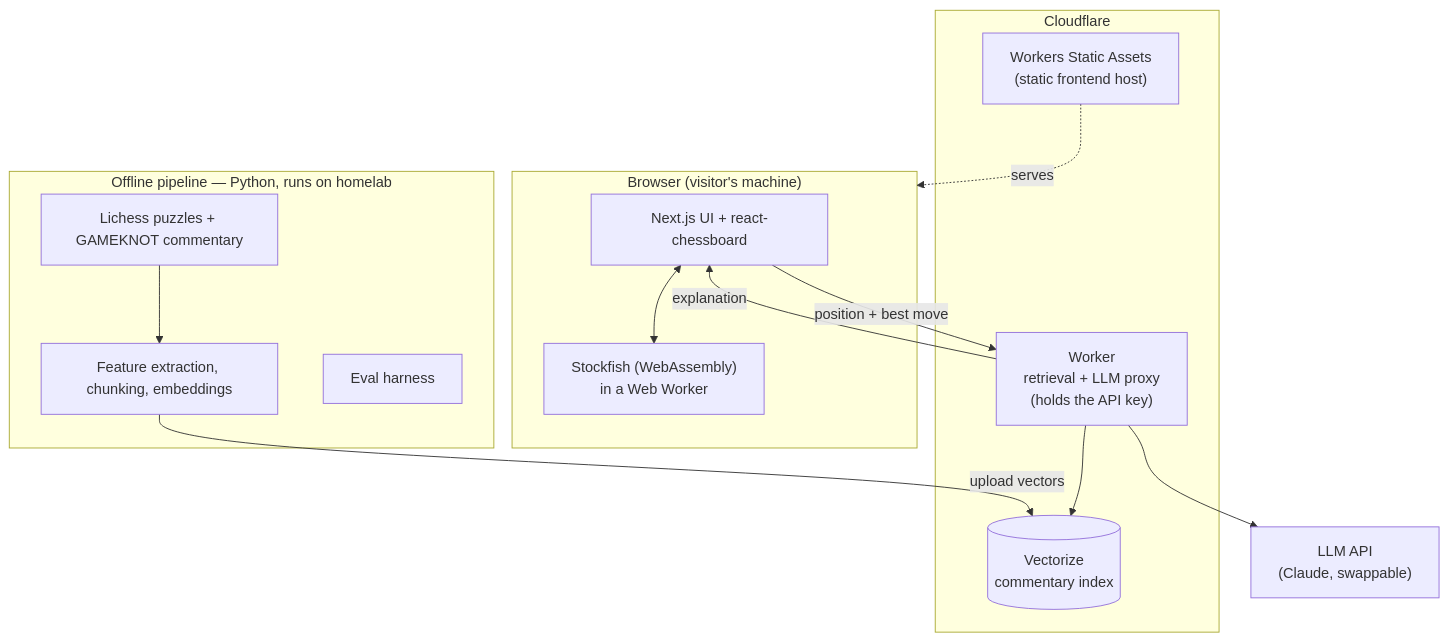
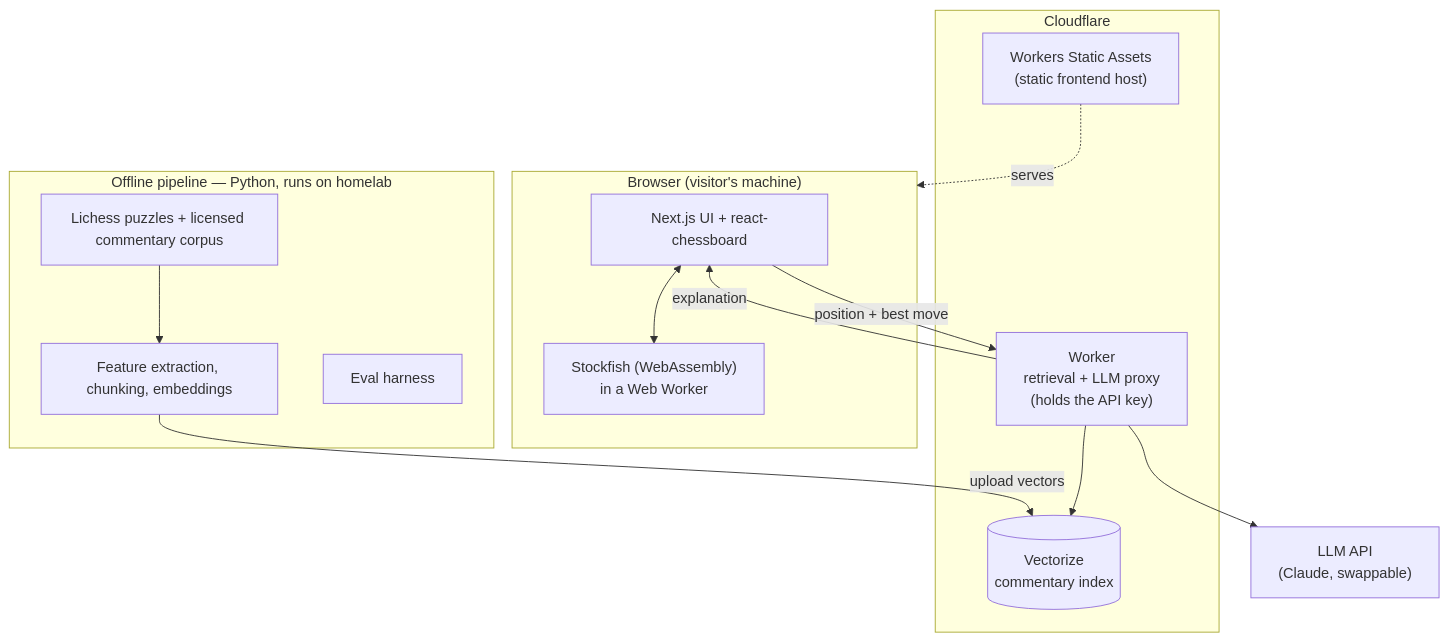
One commit to jianrontan/Chess changed the diagram in README.md. Above: the diagram before and after it, drawn with Mermaid. The commit also changed other lines of this file and 5 other files, not shown here.

Commit message:
docs: corpus swap signed off - replace GAMEKNOT with clean-licensed corpus across all docs

````diff
--- a/README.md
+++ b/README.md
@@ -29,30 +29,30 @@
 ```mermaid
 flowchart TD
     subgraph Browser["Browser (visitor's machine)"]
         UI["Next.js UI + react-chessboard"]
         SF["Stockfish (WebAssembly)\nin a Web Worker"]
         UI <--> SF
     end
 
     subgraph CF["Cloudflare"]
         Pages["Workers Static Assets\n(static frontend host)"]
         Worker["Worker\nretrieval + LLM proxy\n(holds the API key)"]
         Vectorize[("Vectorize\ncommentary index")]
         Worker --> Vectorize
     end
 
     LLM["LLM API\n(Claude, swappable)"]
 
     subgraph Offline["Offline pipeline — Python, runs on homelab"]
-        Data["Lichess puzzles + GAMEKNOT commentary"]
+        Data["Lichess puzzles + licensed commentary corpus"]
         Build["Feature extraction, chunking, embeddings"]
         Eval["Eval harness"]
         Data --> Build
     end
 
     Pages -. serves .-> Browser
     UI -- "position + best move" --> Worker
     Worker -- "explanation" --> UI
     Worker --> LLM
     Build -- "upload vectors" --> Vectorize
 ```
````
